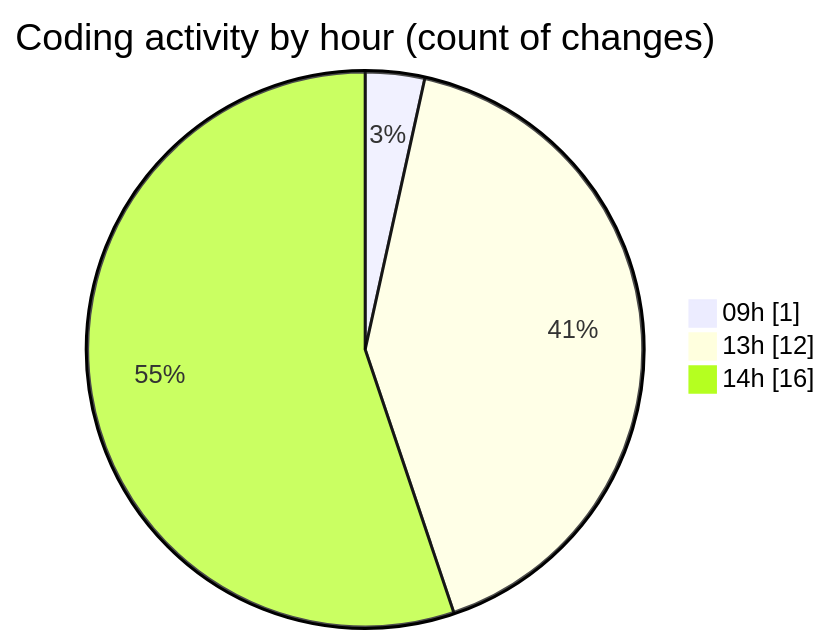
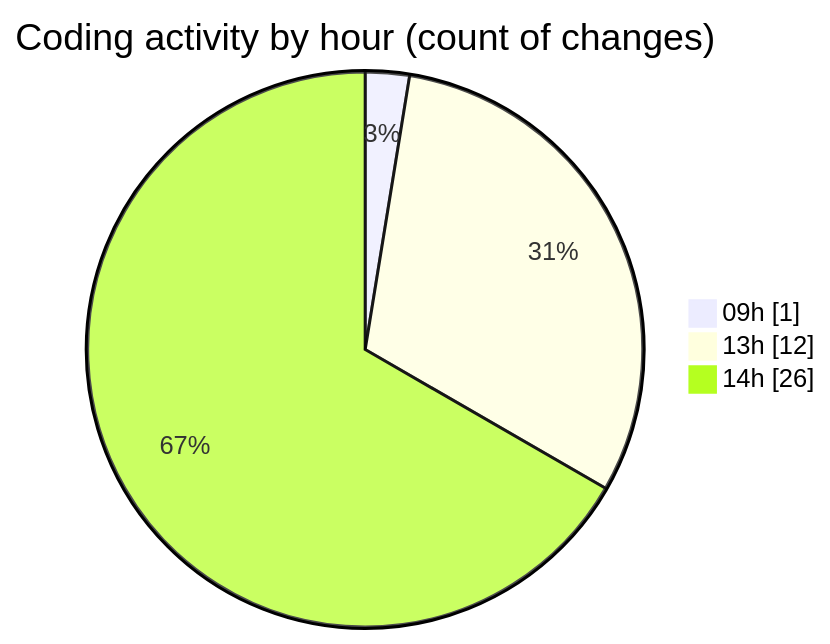
One commit to Elitesun/code-tracking changed the second of 2 diagrams in 2025-05-21/niten/README.md. Above: the diagram before and after it, drawn with Mermaid. The commit also changed other lines of this file and 1 other file, not shown here.

````diff
--- a/2025-05-21/niten/README.md
+++ b/2025-05-21/niten/README.md
@@ -43,7 +47,7 @@
 ```mermaid
 pie showData
 title Coding activity by hour (count of changes)
 "09h" : 1
 "13h" : 12
-"14h" : 16
+"14h" : 26
 ```
````
